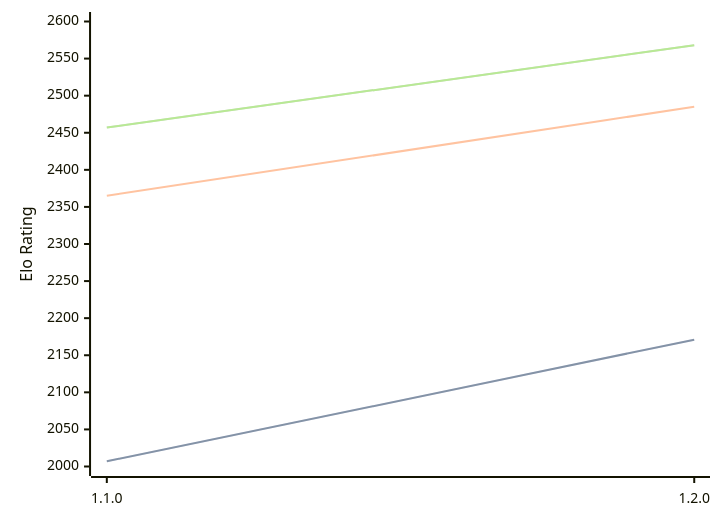
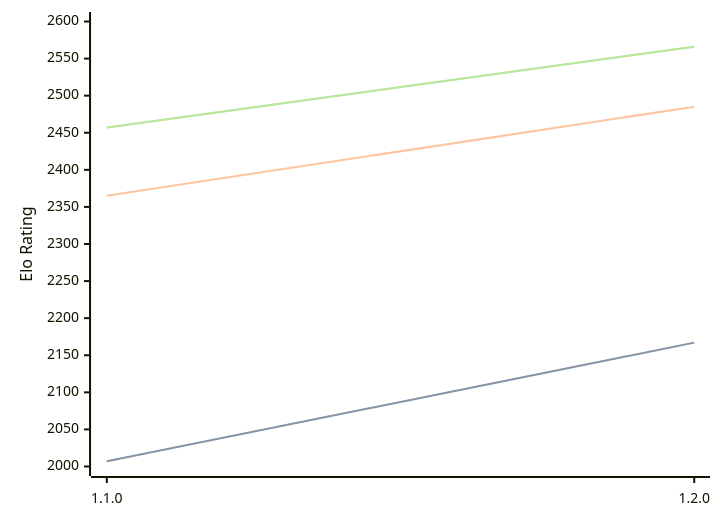
The diagram in engines/Gyatso.md (computer-chess-index/cci), drawn with Mermaid before and after one commit. The commit also changed other lines of this file, not shown here.

Commit message:
Update CCI Ratings (ELO VLTC) - 2026-02-21

````diff
--- a/engines/Gyatso.md
+++ b/engines/Gyatso.md
@@ -30,11 +30,11 @@
 ```mermaid
 %%{init: {"theme":"base","themeVariables":{"seriesColors:['#a3a3a3','#222221','#faa371']}}}%%
 xychart-beta
   x-axis ["1.1.0", "1.2.0"]
   y-axis "Elo Rating" 2000 --> 2600
-  line "STC (8.0+0.08s)" [2007, 2171]
-  line "STC (8.0+0.08s)" [2007, 2171]
+  line "STC (8.0+0.08s)" [2007, 2167]
+  line "STC (8.0+0.08s)" [2007, 2167]
   line "LTC (60.0+0.60s)" [2365, 2485]
-  line "VLTC (2m24s+1.12s)" [2457, 2568]
-  line "VLTC (2m24s+1.12s)" [2457, 2568]
+  line "VLTC (2m24s+1.12s)" [2457, 2566]
+  line "VLTC (2m24s+1.12s)" [2457, 2566]
 ```
````
